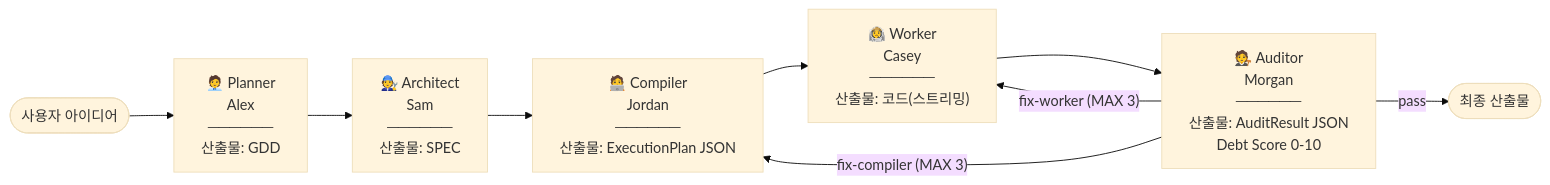
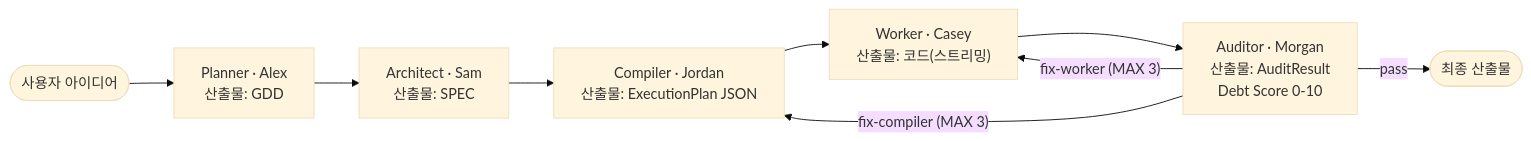
The diagram in README.md (ljhljh0703-cmd/agent-forge), drawn with Mermaid (base theme) before and after one commit. The commit also changed other lines of this file and 2 other files, not shown here.

````diff
--- a/README.md
+++ b/README.md
@@ -16,12 +37,12 @@
 ```mermaid
 flowchart LR
     U([사용자 아이디어]) --> A
-    A["🧑‍💼 Planner\nAlex\n──────\n산출물: GDD"] --> B
-    B["🧑‍🔧 Architect\nSam\n──────\n산출물: SPEC"] --> C
-    C["🧑‍💻 Compiler\nJordan\n──────\n산출물: ExecutionPlan JSON"] --> D
-    D["👨‍🚀 Worker\nCasey\n──────\n산출물: 코드(스트리밍)"] --> E
-    E["🧑‍⚖️ Auditor\nMorgan\n──────\n산출물: AuditResult JSON\nDebt Score 0-10"]
+    A["Planner · Alex\n산출물: GDD"] --> B
+    B["Architect · Sam\n산출물: SPEC"] --> C
+    C["Compiler · Jordan\n산출물: ExecutionPlan JSON"] --> D
+    D["Worker · Casey\n산출물: 코드(스트리밍)"] --> E
+    E["Auditor · Morgan\n산출물: AuditResult\nDebt Score 0-10"]
     E -->|"fix-worker (MAX 3)"| D
     E -->|"fix-compiler (MAX 3)"| C
     E -->|pass| OUT([최종 산출물])
 ```
````
